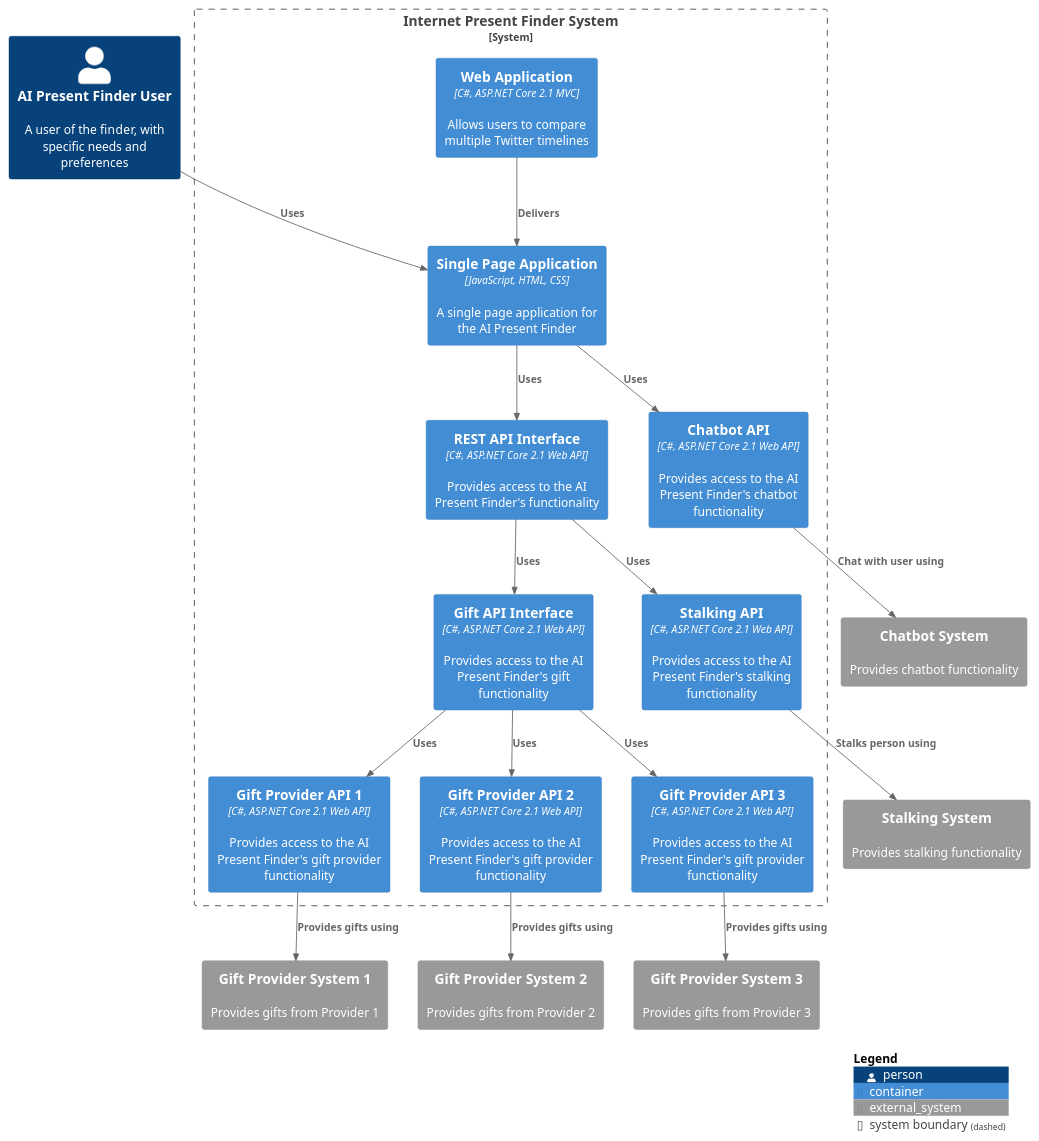
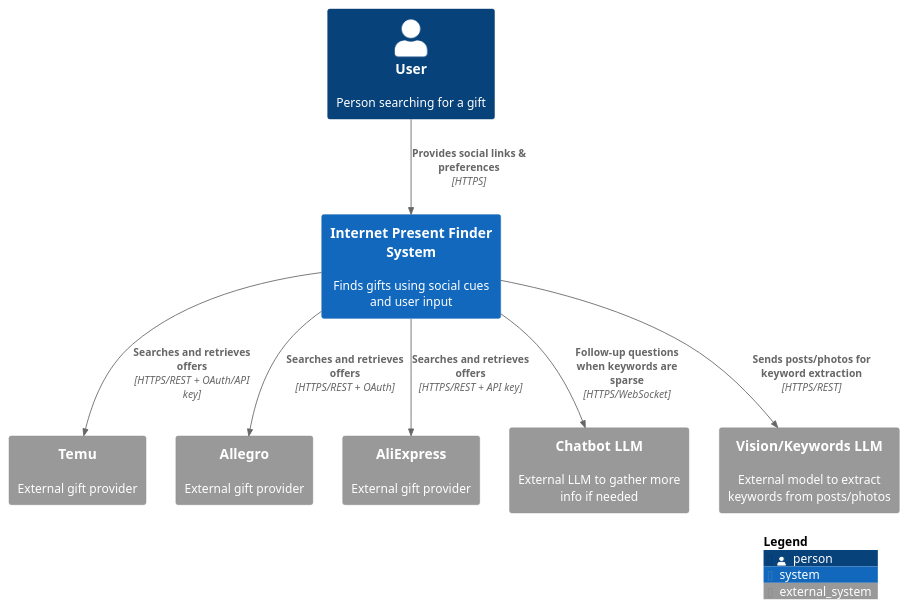
One commit to Generacja-Cuzi/ai-present-finder changed the diagram in C4/context.puml. Above: the diagram before and after it, drawn with PlantUML. The commit also changed 7 other files, not shown here.

```diff
--- a/C4/context.puml
+++ b/C4/context.puml
@@ -1,45 +1,23 @@
-@startuml C4
-!include https://raw.githubusercontent.com/plantuml-stdlib/C4-PlantUML/master/C4_Container.puml
+@startuml C4_Context_MVP
+!include https://raw.githubusercontent.com/plantuml-stdlib/C4-PlantUML/master/C4_Context.puml
 
-Person(user, "AI Present Finder User", "A user of the finder, with specific needs and preferences")
+Person(user, "User", "Person searching for a gift")
 
-System_Boundary(c1, "Internet Present Finder System") {
-    Container(single_page, "Single Page Application", "JavaScript, HTML, CSS", "A single page application for the AI Present Finder")
-    Container(web_app, "Web Application", "C#, ASP.NET Core 2.1 MVC", "Allows users to compare multiple Twitter timelines")
-    Container(rest_api_interface, "REST API Interface", "C#, ASP.NET Core 2.1 Web API", "Provides access to the AI Present Finder's functionality")
-    Container(chatbot_api, "Chatbot API", "C#, ASP.NET Core 2.1 Web API", "Provides access to the AI Present Finder's chatbot functionality")
-    Container(stalking_api, "Stalking API", "C#, ASP.NET Core 2.1 Web API", "Provides access to the AI Present Finder's stalking functionality")
-    Container(gift_api_interface, "Gift API Interface", "C#, ASP.NET Core 2.1 Web API", "Provides access to the AI Present Finder's gift functionality")
-    Container(gift_provider_api_1, "Gift Provider API 1", "C#, ASP.NET Core 2.1 Web API", "Provides access to the AI Present Finder's gift provider functionality")
-    Container(gift_provider_api_2, "Gift Provider API 2", "C#, ASP.NET Core 2.1 Web API", "Provides access to the AI Present Finder's gift provider functionality")
-    Container(gift_provider_api_3, "Gift Provider API 3", "C#, ASP.NET Core 2.1 Web API", "Provides access to the AI Present Finder's gift provider functionality")
-}
+System(system, "Internet Present Finder System", "Finds gifts using social cues and user input")
 
-System_Ext(gift_provider_system_1, "Gift Provider System 1", "Provides gifts from Provider 1")
-System_Ext(gift_provider_system_2, "Gift Provider System 2", "Provides gifts from Provider 2")
-System_Ext(gift_provider_system_3, "Gift Provider System 3", "Provides gifts from Provider 3")
+System_Ext(temu, "Temu", "External gift provider")
+System_Ext(allegro, "Allegro", "External gift provider")
+System_Ext(aliexpress, "AliExpress", "External gift provider")
 
-System_Ext(chatbot_system, "Chatbot System", "Provides chatbot functionality")
+System_Ext(chatbot_llm, "Chatbot LLM", "External LLM to gather more info if needed")
+System_Ext(vision_llm, "Vision/Keywords LLM", "External model to extract keywords from posts/photos")
 
-System_Ext(stalking_system, "Stalking System", "Provides stalking functionality")
-
-Rel(stalking_api, stalking_system, "Stalks person using")
-
-Rel(chatbot_api, chatbot_system, "Chat with user using")
-
-Rel(gift_provider_api_1, gift_provider_system_1, "Provides gifts using")
-Rel(gift_provider_api_2, gift_provider_system_2, "Provides gifts using")
-Rel(gift_provider_api_3, gift_provider_system_3, "Provides gifts using")
-
-Rel(user, single_page, "Uses")
-Rel(web_app, single_page, "Delivers")
-Rel(single_page, rest_api_interface, "Uses")
-Rel(single_page, chatbot_api, "Uses")
-Rel(rest_api_interface, stalking_api, "Uses")
-Rel(rest_api_interface, gift_api_interface, "Uses")
-Rel(gift_api_interface, gift_provider_api_1, "Uses")
-Rel(gift_api_interface, gift_provider_api_2, "Uses")
-Rel(gift_api_interface, gift_provider_api_3, "Uses")
+Rel(user, system, "Provides social links & preferences", "HTTPS")
+Rel(system, vision_llm, "Sends posts/photos for keyword extraction", "HTTPS/REST")
+Rel(system, chatbot_llm, "Follow-up questions when keywords are sparse", "HTTPS/WebSocket")
+Rel(system, temu, "Searches and retrieves offers", "HTTPS/REST + OAuth/API key")
+Rel(system, allegro, "Searches and retrieves offers", "HTTPS/REST + OAuth")
+Rel(system, aliexpress, "Searches and retrieves offers", "HTTPS/REST + API key")
 
 SHOW_LEGEND()
 @enduml
```
